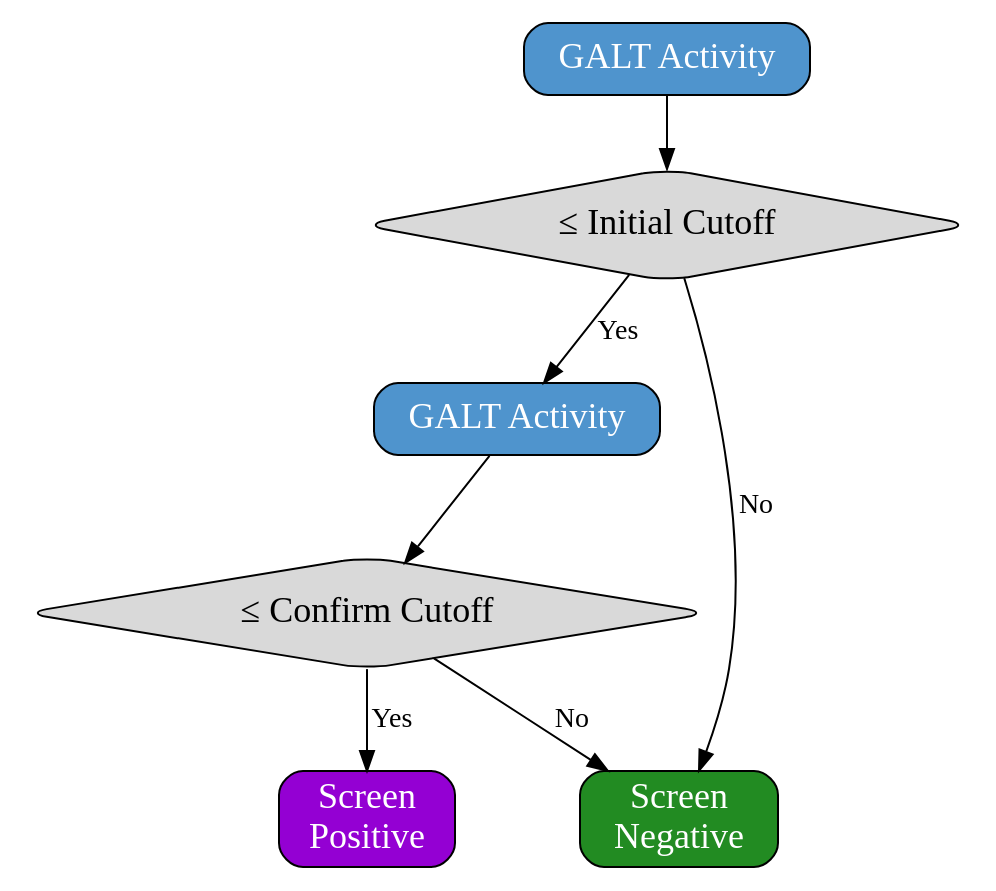
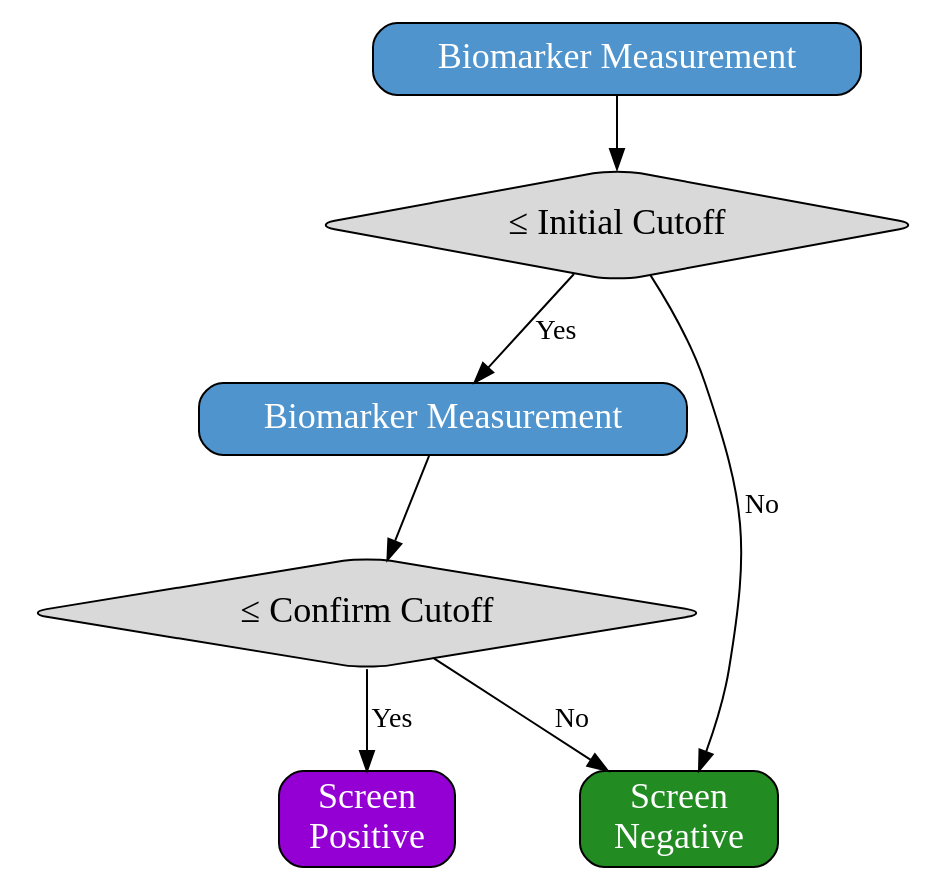
One commit to hendersonmpa/imprecision_logic_manuscript changed the diagram in imprecision_logic.org. Above: the diagram before and after it, drawn with Graphviz. The commit also changed other lines of this file and 1 other file, not shown here.

```diff
--- a/imprecision_logic.org
+++ b/imprecision_logic.org
@@ -125,17 +127,17 @@
 #+BEGIN_SRC dot :file ./figures/screening_phases.pdf :cmdline -Kdot -Tpdf
     digraph {
         node [fontsize = 18];
-        first[label="GALT Activity",shape="rectangle",fontcolor=white,fillcolor=steelblue3, style="rounded,filled"];
+        first[label="Biomarker Measurement",shape="rectangle",fontcolor=white,fillcolor=steelblue3, style="rounded,filled"];
         init[label="&#8804; Initial Cutoff",shape="diamond",fillcolor= grey85, style="rounded,filled"];
-        second[label="GALT Activity",shape="rectangle", fontcolor=white,fillcolor=steelblue3, style="rounded,filled"];
+        second[label="Biomarker Measurement",shape="rectangle", fontcolor=white,fillcolor=steelblue3, style="rounded,filled"];
         conf[label="&#8804; Confirm Cutoff",shape="diamond",fillcolor= grey85, style="rounded,filled"];
         pos[label = "Screen\nPositive", shape="rectangle", fontcolor=white,fillcolor=darkviolet, style="rounded,filled"];
         neg[label = "Screen\nNegative", shape="box", fontcolor=white,fillcolor=forestgreen, style="rounded,filled"];
         first -> init;
         init -> second[label="Yes"];
         init -> neg[label="No"];
         second-> conf;
         conf -> pos[label="Yes"];
         conf -> neg[label="No"];
   }
 #+END_SRC
```
